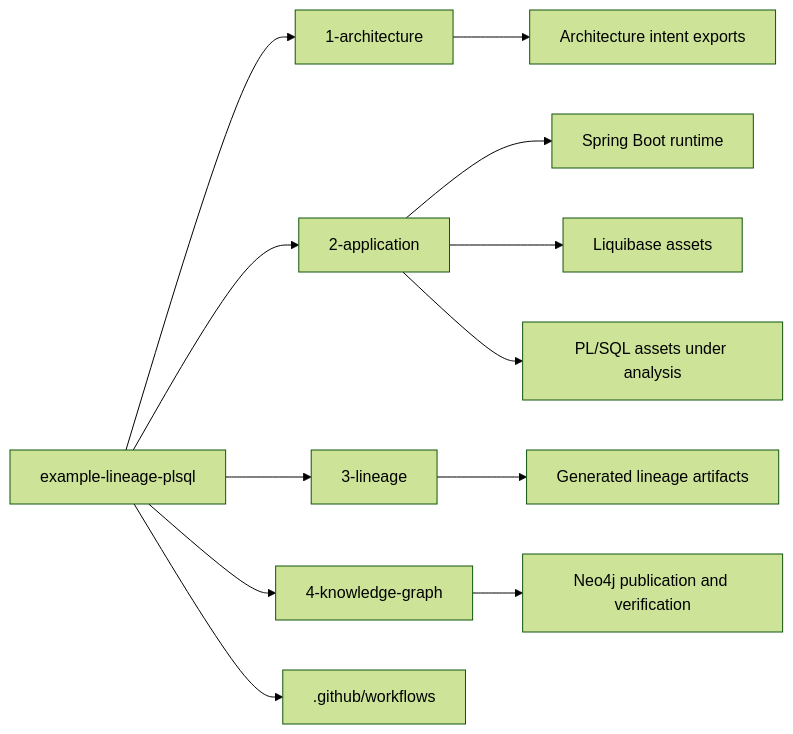
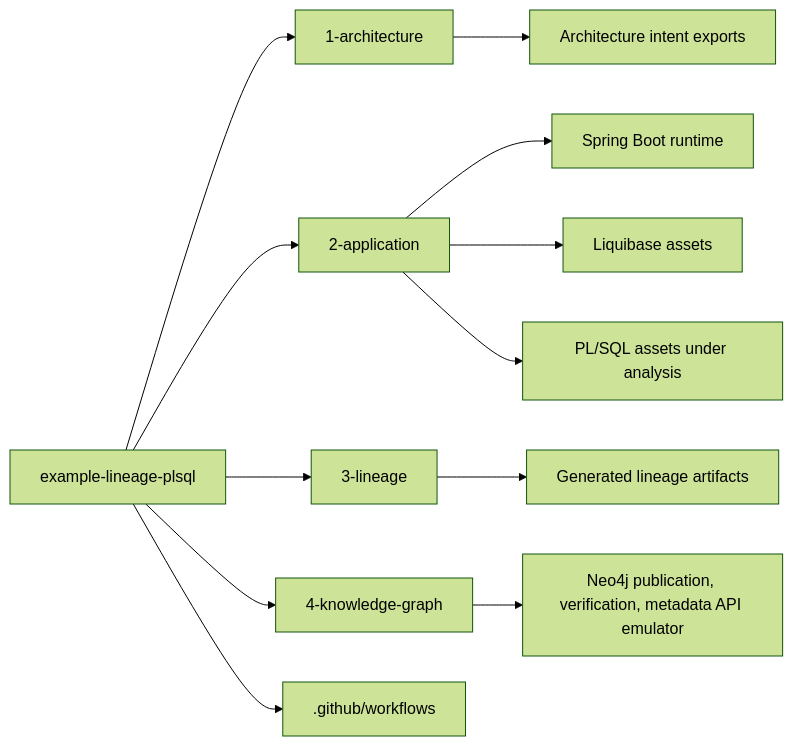
The third of 6 diagrams in README.md (jurgenei/example-lineage-plsql), drawn with Mermaid (forest theme) before and after one commit. The commit also changed other lines of this file and 22 other files, not shown here.

Commit message:
colibra emulator in neo4j

````diff
--- a/README.md
+++ b/README.md
@@ -157,15 +157,15 @@
 ```mermaid
 flowchart LR
     R[example-lineage-plsql]
     R --> A[1-architecture]
     A --> A1[Architecture intent exports]
     R --> B[2-application]
     B --> B1[Spring Boot runtime]
     B --> B2[Liquibase assets]
     B --> B3[PL/SQL assets under analysis]
     R --> C[3-lineage]
     C --> C1[Generated lineage artifacts]
     R --> D[4-knowledge-graph]
-    D --> D1[Neo4j publication and verification]
+    D --> D1[Neo4j publication, verification, metadata API emulator]
     R --> E[.github/workflows]
 ```
````
